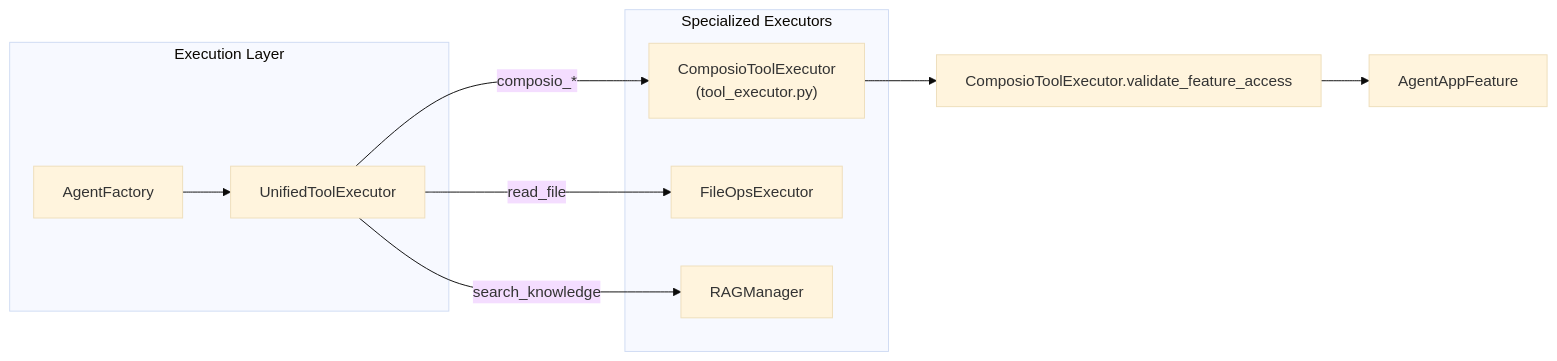
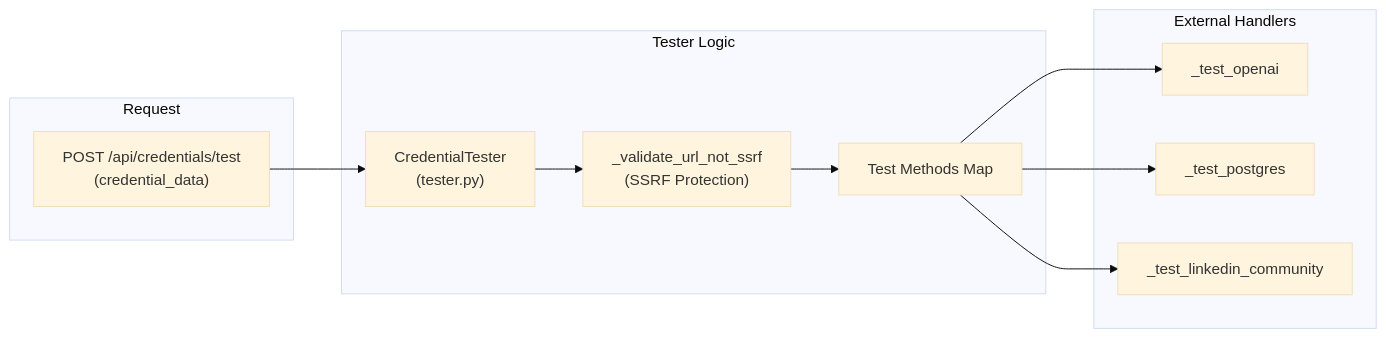
Before and after one commit to AutomatosAI/automatos-ai: the second of 2 diagrams in docs/tools-integrations/tools-api-reference.md, drawn with Mermaid (base theme). The commit also changed other lines of this file and 153 other files, not shown here.

````diff
--- a/docs/tools-integrations/tools-api-reference.md
+++ b/docs/tools-integrations/tools-api-reference.md
@@ -162,21 +145,25 @@
 ```mermaid
 graph LR
-    subgraph "Execution Layer"
-        AF["AgentFactory"]
-        UTE["UnifiedToolExecutor"]
+    subgraph "Request"
+        Req["POST /api/credentials/test<br/>(credential_data)"]
     end
     
-    subgraph "Specialized Executors"
-        CTE["ComposioToolExecutor<br/>(tool_executor.py)"]
-        FOP["FileOpsExecutor"]
-        RES["RAGManager"]
+    subgraph "Tester Logic"
+        CT["CredentialTester<br/>(tester.py)"]
+        SSRF["_validate_url_not_ssrf<br/>(SSRF Protection)"]
+        Methods["Test Methods Map"]
+    end
+    
+    subgraph "External Handlers"
+        OA["_test_openai"]
+        PG["_test_postgres"]
+        LI["_test_linkedin_community"]
     end
 
-    AF --> UTE
-    UTE --> |"composio_*"| CTE
-    UTE --> |"read_file"| FOP
-    UTE --> |"search_knowledge"| RES
-    
-    CTE --> Validate["ComposioToolExecutor.validate_feature_access"]
-    Validate --> DB["AgentAppFeature"]
+    Req --> CT
+    CT --> SSRF
+    SSRF --> Methods
+    Methods --> OA
+    Methods --> PG
+    Methods --> LI
 ```
````
